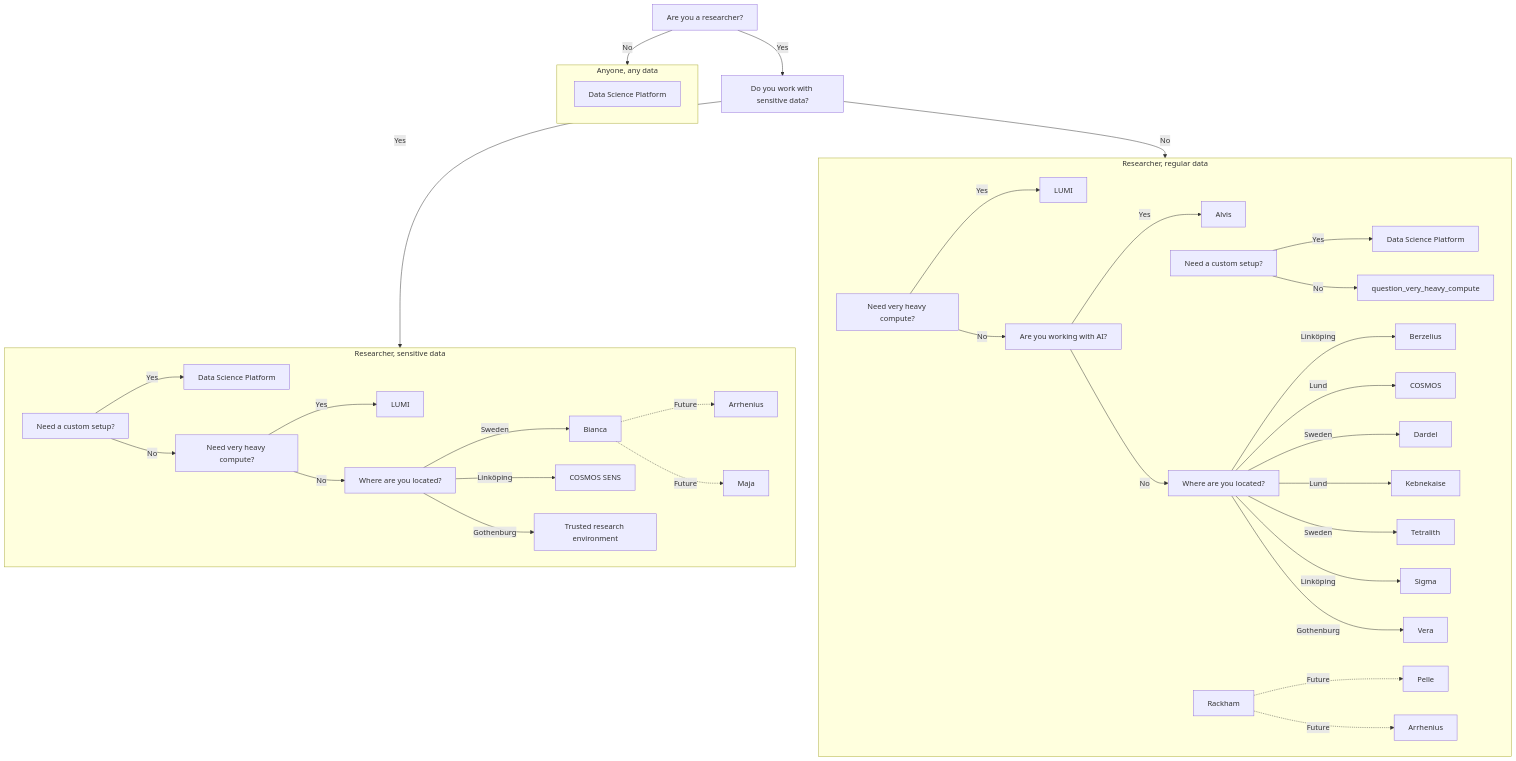
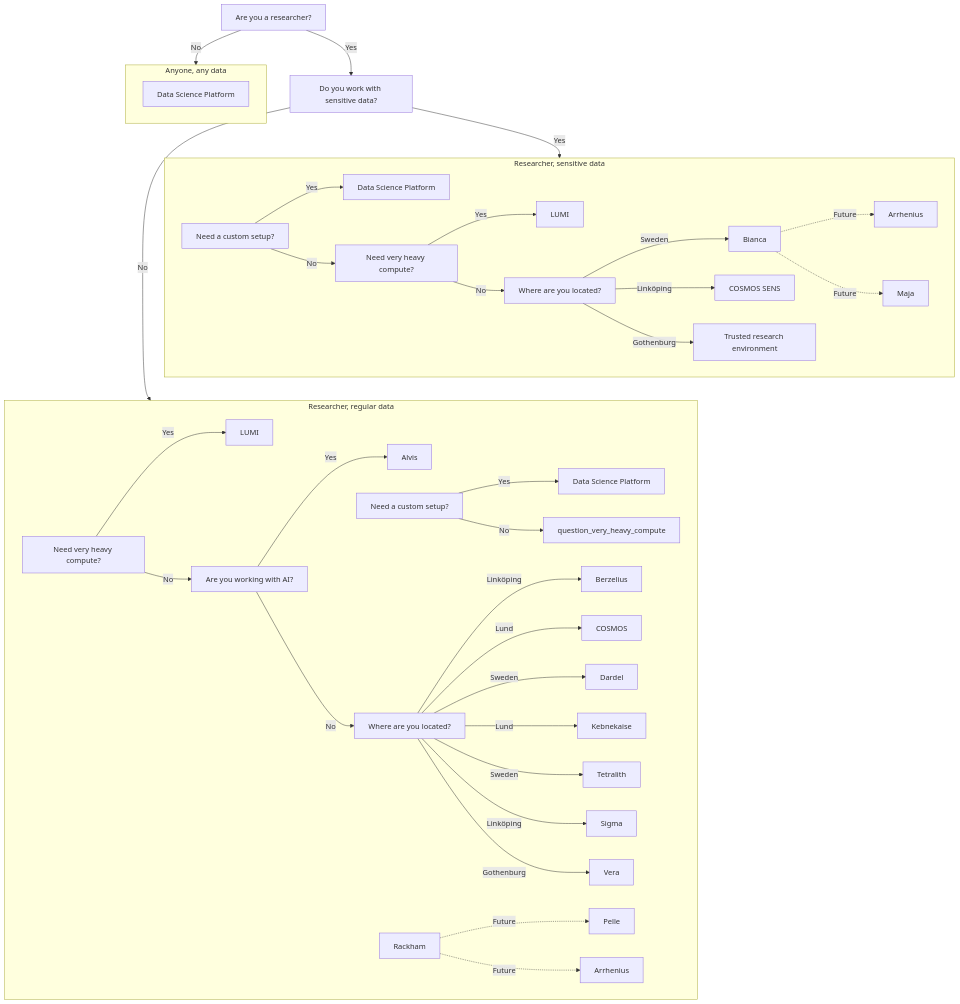
Before and after one commit to NBISweden/SCoRe_user_doc: the diagram in docs/compute_1.md, drawn with Mermaid.

Commit message:
Improve layout decision tree #14

````diff
--- a/docs/compute_1.md
+++ b/docs/compute_1.md
@@ -95,4 +93,6 @@
   sensitivity_question[Do you work with sensitive data?]
   sensitivity_question --> |Yes| researcher_on_sensitive_data
   sensitivity_question --> |No| researcher_on_regular_data
+
+  researcher_on_sensitive_data ~~~ researcher_on_regular_data 
 ```
````
